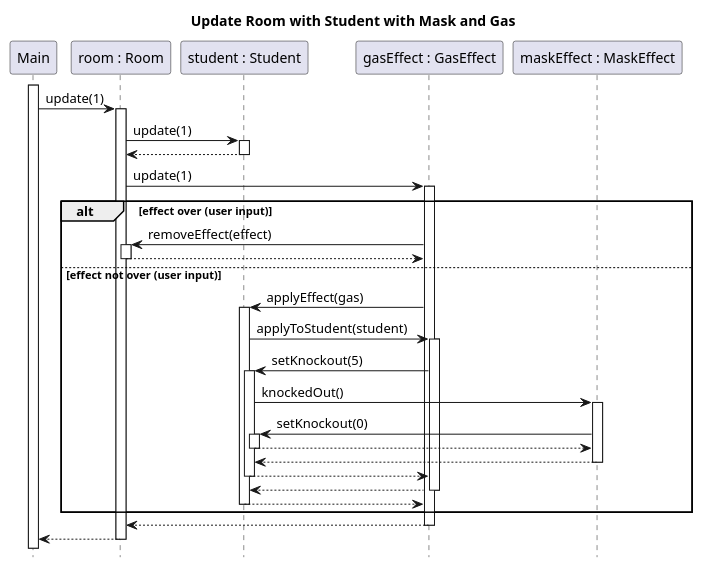
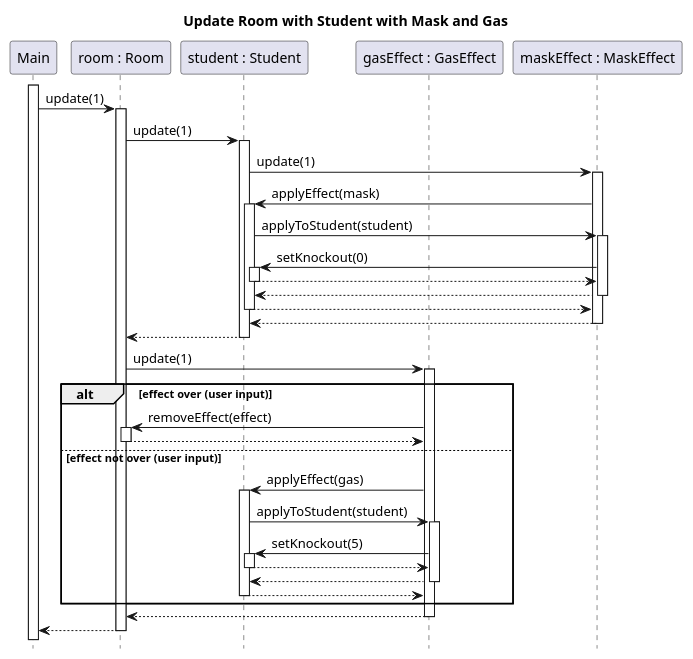
Before and after one commit to sn4k3ch4rm3r/logarlec: the diagram in docs/diagrams/test-sequence/room-update-gas-and-mask.puml, drawn with PlantUML.

Commit message:
Apply changes requested by reviewer.

```diff
--- a/docs/diagrams/test-sequence/room-update-gas-and-mask.puml
+++ b/docs/diagrams/test-sequence/room-update-gas-and-mask.puml
@@ -1,36 +1,40 @@
 @startuml room-update-gas-and-mask
 title Update Room with Student with Mask and Gas
 hide footbox
 autoactivate on
 skinparam SequenceReferenceBackgroundColor white
 
 participant Main
 participant "room : Room" as room
 participant "student : Student" as student
 participant "gasEffect : GasEffect" as gas
 participant "maskEffect : MaskEffect" as mask
 
 activate Main
 Main -> room : update(1)
 	room -> student : update(1)
+	    student -> mask : update(1)
+	        mask -> student : applyEffect(mask)
+	            student -> mask : applyToStudent(student)
+	                mask -> student : setKnockout(0)
+	                return
+	            return
+	        return
 	    return
-	    room -> gas : update(1)
-        alt effect over (user input)
-		    gas -> room ++: removeEffect(effect)
-		    return
-        else effect not over (user input)
-        gas -> student : applyEffect(gas)
-            student -> gas : applyToStudent(student)
-                gas -> student : setKnockout(5)
-                    student -> mask : knockedOut()
-                        mask -> student : setKnockout(0)
-                        return
-                    return
-                return
+	return
+	room -> gas : update(1)
+    alt effect over (user input)
+	gas -> room ++: removeEffect(effect)
+	return
+    else effect not over (user input)
+    gas -> student : applyEffect(gas)
+        student -> gas : applyToStudent(student)
+            gas -> student : setKnockout(5)
             return
         return
-        end
+    return
+    end
 	return
 return
 
 @enduml
```
